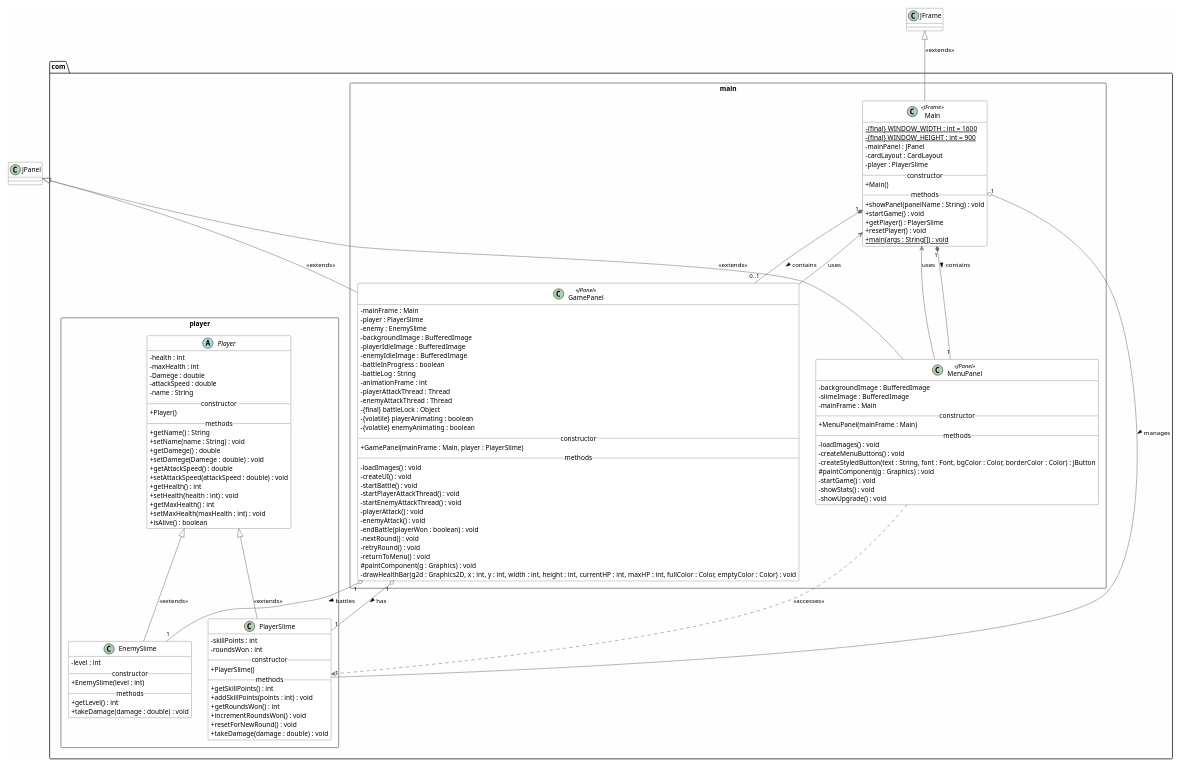
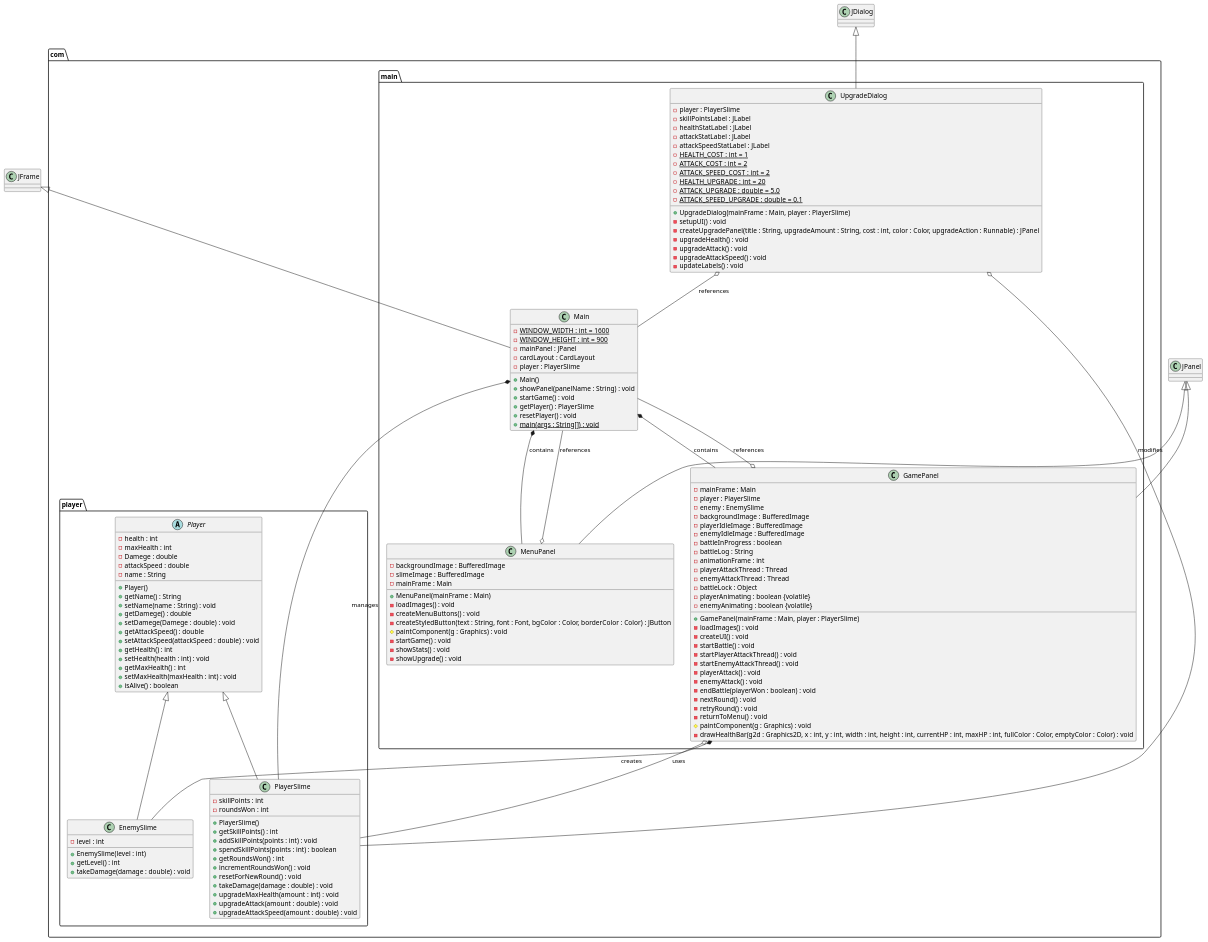
Before and after one commit to ramenguykung/slime_domination: the diagram in diagram.puml, drawn with PlantUML.

Commit message:
Modify class diagram

```diff
--- a/diagram.puml
+++ b/diagram.puml
@@ -1,146 +1,159 @@
 @startuml Slime Domination Class Diagram
 
-skinparam classAttributeIconSize 0
-skinparam backgroundColor #FEFEFE
-skinparam class {
-    BackgroundColor #FFFFFF
-    BorderColor #333333
-    ArrowColor #666666
-}
-
-' Main package
-package "com.main" <<Rectangle>> {
-    class Main <<JFrame>> {
-        - {static} {final} WINDOW_WIDTH : int = 1600
-        - {static} {final} WINDOW_HEIGHT : int = 900
+' Package definitions
+package com.main {
+    class Main {
+        - {static} WINDOW_WIDTH : int = 1600
+        - {static} WINDOW_HEIGHT : int = 900
         - mainPanel : JPanel
         - cardLayout : CardLayout
         - player : PlayerSlime
-        __constructor__
+        
         + Main()
-        __methods__
         + showPanel(panelName : String) : void
         + startGame() : void
         + getPlayer() : PlayerSlime
         + resetPlayer() : void
         + {static} main(args : String[]) : void
     }
     
-    class MenuPanel <<JPanel>> {
+    class MenuPanel {
         - backgroundImage : BufferedImage
         - slimeImage : BufferedImage
         - mainFrame : Main
-        __constructor__
+        
         + MenuPanel(mainFrame : Main)
-        __methods__
         - loadImages() : void
         - createMenuButtons() : void
         - createStyledButton(text : String, font : Font, bgColor : Color, borderColor : Color) : JButton
         # paintComponent(g : Graphics) : void
         - startGame() : void
         - showStats() : void
         - showUpgrade() : void
     }
     
-    class GamePanel <<JPanel>> {
+    class GamePanel {
         - mainFrame : Main
         - player : PlayerSlime
         - enemy : EnemySlime
         - backgroundImage : BufferedImage
         - playerIdleImage : BufferedImage
         - enemyIdleImage : BufferedImage
         - battleInProgress : boolean
         - battleLog : String
         - animationFrame : int
         - playerAttackThread : Thread
         - enemyAttackThread : Thread
-        - {final} battleLock : Object
-        - {volatile} playerAnimating : boolean
-        - {volatile} enemyAnimating : boolean
-        __constructor__
+        - battleLock : Object
+        - playerAnimating : boolean {volatile}
+        - enemyAnimating : boolean {volatile}
+        
         + GamePanel(mainFrame : Main, player : PlayerSlime)
-        __methods__
         - loadImages() : void
         - createUI() : void
         - startBattle() : void
         - startPlayerAttackThread() : void
         - startEnemyAttackThread() : void
         - playerAttack() : void
         - enemyAttack() : void
         - endBattle(playerWon : boolean) : void
         - nextRound() : void
         - retryRound() : void
         - returnToMenu() : void
         # paintComponent(g : Graphics) : void
         - drawHealthBar(g2d : Graphics2D, x : int, y : int, width : int, height : int, currentHP : int, maxHP : int, fullColor : Color, emptyColor : Color) : void
     }
+    
+    class UpgradeDialog {
+        - player : PlayerSlime
+        - skillPointsLabel : JLabel
+        - healthStatLabel : JLabel
+        - attackStatLabel : JLabel
+        - attackSpeedStatLabel : JLabel
+        - {static} HEALTH_COST : int = 1
+        - {static} ATTACK_COST : int = 2
+        - {static} ATTACK_SPEED_COST : int = 2
+        - {static} HEALTH_UPGRADE : int = 20
+        - {static} ATTACK_UPGRADE : double = 5.0
+        - {static} ATTACK_SPEED_UPGRADE : double = 0.1
+        
+        + UpgradeDialog(mainFrame : Main, player : PlayerSlime)
+        - setupUI() : void
+        - createUpgradePanel(title : String, upgradeAmount : String, cost : int, color : Color, upgradeAction : Runnable) : JPanel
+        - upgradeHealth() : void
+        - upgradeAttack() : void
+        - upgradeAttackSpeed() : void
+        - updateLabels() : void
+    }
 }
 
-' Player package
-package "com.player" <<Rectangle>> {
+package com.player {
     abstract class Player {
         - health : int
         - maxHealth : int
         - Damege : double
         - attackSpeed : double
         - name : String
-        __constructor__
+        
         + Player()
-        __methods__
         + getName() : String
         + setName(name : String) : void
         + getDamege() : double
         + setDamege(Damege : double) : void
         + getAttackSpeed() : double
         + setAttackSpeed(attackSpeed : double) : void
         + getHealth() : int
         + setHealth(health : int) : void
         + getMaxHealth() : int
         + setMaxHealth(maxHealth : int) : void
         + isAlive() : boolean
     }
     
     class PlayerSlime {
         - skillPoints : int
         - roundsWon : int
-        __constructor__
+        
         + PlayerSlime()
-        __methods__
         + getSkillPoints() : int
         + addSkillPoints(points : int) : void
+        + spendSkillPoints(points : int) : boolean
         + getRoundsWon() : int
         + incrementRoundsWon() : void
         + resetForNewRound() : void
         + takeDamage(damage : double) : void
+        + upgradeMaxHealth(amount : int) : void
+        + upgradeAttack(amount : double) : void
+        + upgradeAttackSpeed(amount : double) : void
     }
     
     class EnemySlime {
         - level : int
-        __constructor__
+        
         + EnemySlime(level : int)
-        __methods__
         + getLevel() : int
         + takeDamage(damage : double) : void
     }
 }
 
-' Inheritance Relationships
-PlayerSlime -up-|> Player : <<extends>>
-EnemySlime -up-|> Player : <<extends>>
-Main -up-|> JFrame : <<extends>>
-MenuPanel -up-|> JPanel : <<extends>>
-GamePanel -up-|> JPanel : <<extends>>
+' Inheritance relationships
+Player <|-- PlayerSlime
+Player <|-- EnemySlime
 
-' Composition and Association Relationships
-Main "1" *-down- "1" MenuPanel : contains >
-Main "1" *-down- "0..1" GamePanel : contains >
-Main "1" o-right- "1" PlayerSlime : manages >
+' Composition and Aggregation relationships
+Main *-- MenuPanel : contains
+Main *-- GamePanel : contains
+Main *-- PlayerSlime : manages
+GamePanel o-- PlayerSlime : uses
+GamePanel *-- EnemySlime : creates
+MenuPanel o-- Main : references
+GamePanel o-- Main : references
+UpgradeDialog o-- PlayerSlime : modifies
+UpgradeDialog o-- Main : references
 
-MenuPanel -up-> Main : uses
-MenuPanel ..> PlayerSlime : <<accesses>>
-
-GamePanel -up-> Main : uses
-GamePanel "1" o-- "1" PlayerSlime : has >
-GamePanel "1" o-- "1" EnemySlime : battles >
+' Java Swing inheritance (simplified)
+JFrame <|-- Main
+JPanel <|-- MenuPanel
+JPanel <|-- GamePanel
+JDialog <|-- UpgradeDialog
 
 @enduml
```
